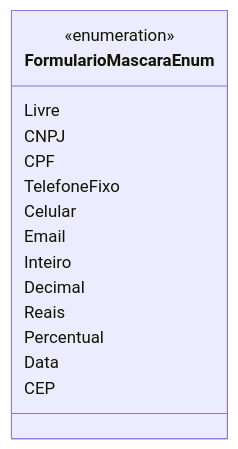
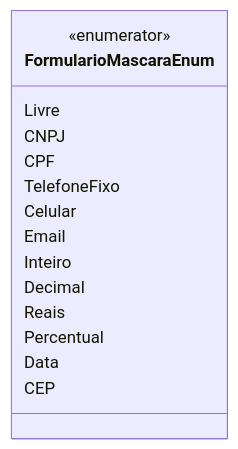
One commit to IsthmusSistemas/documentacao-tecnica changed the diagram in docs/b2b-dominio/IsthmusWinthor.Nucleo/IsthmusWinthor.Dominio/Enumeradores/FormularioMascaraEnum.md. Above: the diagram before and after it, drawn with Mermaid. The commit also changed other lines of this file and 882 other files, not shown here.

````diff
--- a/docs/b2b-dominio/IsthmusWinthor.Nucleo/IsthmusWinthor.Dominio/Enumeradores/FormularioMascaraEnum.md
+++ b/docs/b2b-dominio/IsthmusWinthor.Nucleo/IsthmusWinthor.Dominio/Enumeradores/FormularioMascaraEnum.md
@@ -11,18 +12,18 @@
 ```mermaid
 classDiagram
     class FormularioMascaraEnum {
-        <<enumeration>>
+        <<enumerator>>
         Livre
         CNPJ
         CPF
         TelefoneFixo
         Celular
         Email
         Inteiro
         Decimal
         Reais
         Percentual
         Data
         CEP
     }
 ```
````
